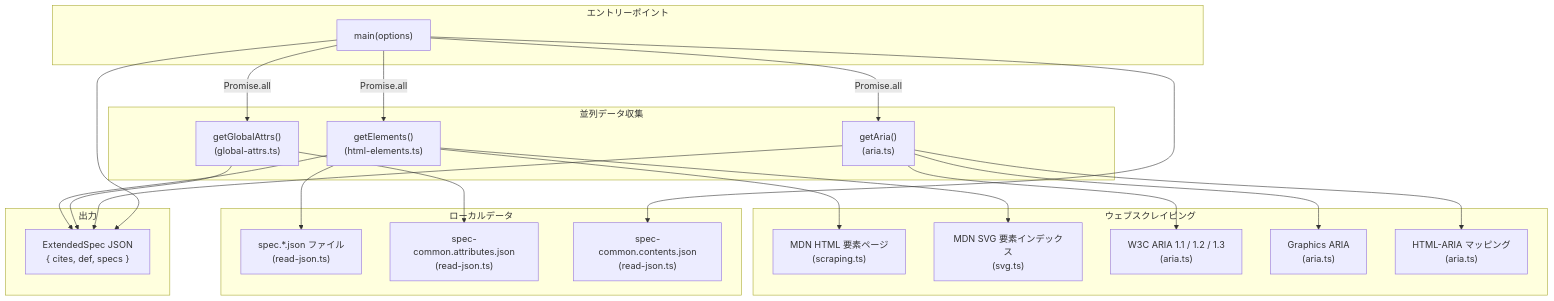
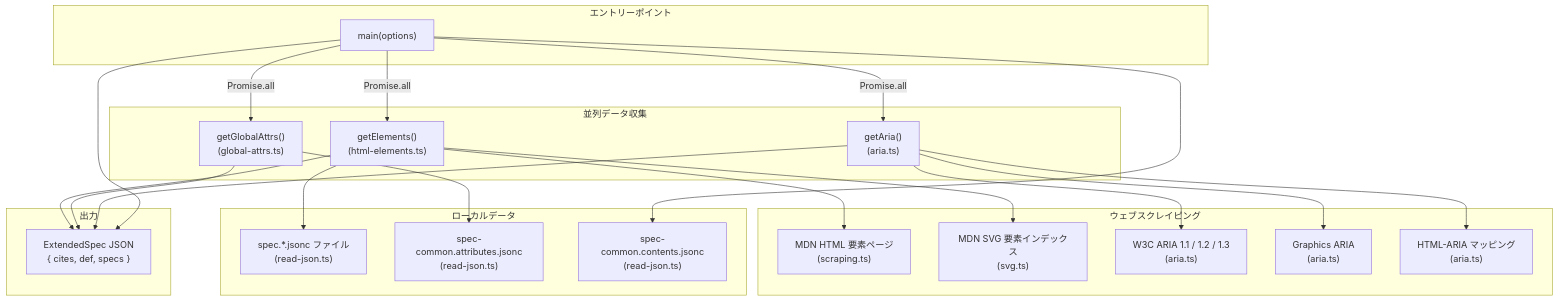
One commit to markuplint/markuplint changed the first of 2 diagrams in packages/@markuplint/spec-generator/ARCHITECTURE.ja.md. Above: the diagram before and after it, drawn with Mermaid. The commit also changed 3 other files, not shown here.

First line of the commit message:
docs(spec-generator,html-spec): fix remaining .json references in docs

````diff
--- a/packages/@markuplint/spec-generator/ARCHITECTURE.ja.md
+++ b/packages/@markuplint/spec-generator/ARCHITECTURE.ja.md
@@ -28,48 +28,48 @@
 ```mermaid
 flowchart TD
     subgraph entry ["エントリーポイント"]
         main["main(options)"]
     end
 
     subgraph parallel ["並列データ収集"]
         getElements["getElements()\n(html-elements.ts)"]
         getGlobalAttrs["getGlobalAttrs()\n(global-attrs.ts)"]
         getAria["getAria()\n(aria.ts)"]
     end
 
     subgraph scraping ["ウェブスクレイピング"]
         mdnHTML["MDN HTML 要素ページ\n(scraping.ts)"]
         mdnSVG["MDN SVG 要素インデックス\n(svg.ts)"]
         ariaSpecs["W3C ARIA 1.1 / 1.2 / 1.3\n(aria.ts)"]
         graphicsAria["Graphics ARIA\n(aria.ts)"]
         htmlAria["HTML-ARIA マッピング\n(aria.ts)"]
     end
 
     subgraph local ["ローカルデータ"]
-        specFiles["spec.*.json ファイル\n(read-json.ts)"]
-        commonAttrs["spec-common.attributes.json\n(read-json.ts)"]
-        commonContents["spec-common.contents.json\n(read-json.ts)"]
+        specFiles["spec.*.jsonc ファイル\n(read-json.ts)"]
+        commonAttrs["spec-common.attributes.jsonc\n(read-json.ts)"]
+        commonContents["spec-common.contents.jsonc\n(read-json.ts)"]
     end
 
     subgraph output ["出力"]
         extendedSpec["ExtendedSpec JSON\n{ cites, def, specs }"]
     end
 
     main --> |"Promise.all"| getElements
     main --> |"Promise.all"| getGlobalAttrs
     main --> |"Promise.all"| getAria
 
     getElements --> specFiles
     getElements --> mdnHTML
     getElements --> mdnSVG
     getGlobalAttrs --> commonAttrs
     getAria --> ariaSpecs
     getAria --> graphicsAria
     getAria --> htmlAria
 
     getElements --> extendedSpec
     getGlobalAttrs --> extendedSpec
     getAria --> extendedSpec
     main --> commonContents
     main --> extendedSpec
 ```
````
